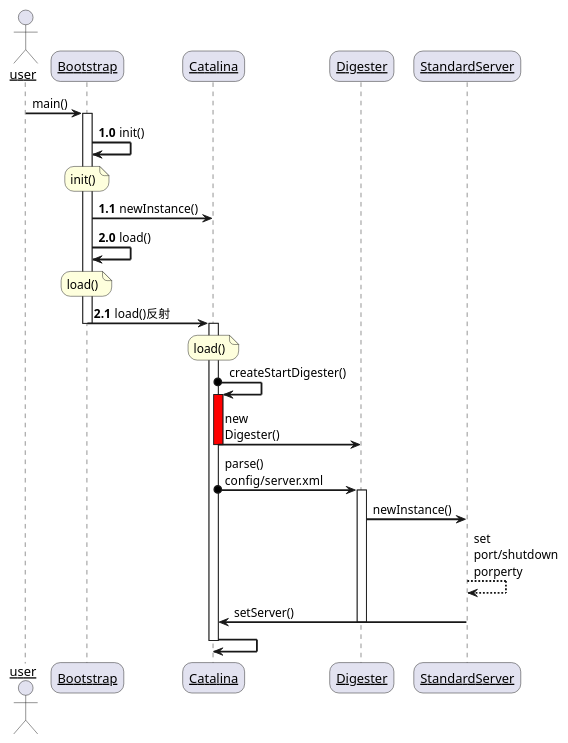
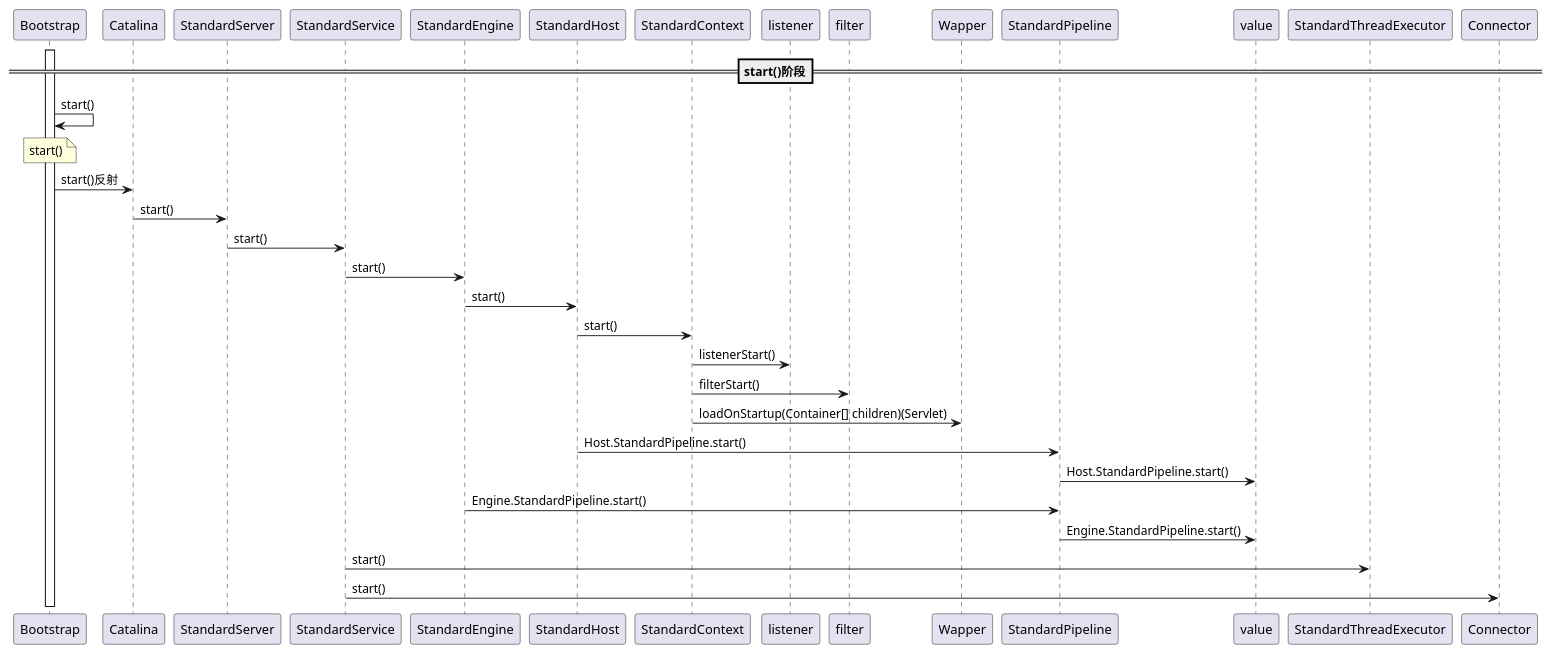
Before and after one commit to wuqinduo/springlearn: the diagram in src/main/resources/Tomcat-start.puml, drawn with PlantUML. The commit also changed 2 other files, not shown here.

Commit message:
时序图

```diff
--- a/src/main/resources/Tomcat-start.puml
+++ b/src/main/resources/Tomcat-start.puml
@@ -1,43 +1,25 @@
 @startuml
-skinparam sequenceArrowThickness 2
-skinparam roundcorner 20
-skinparam maxmessagesize 60
-skinparam sequenceParticipant underline
+==start()阶段==
 
-actor user
-user-> Bootstrap:main()
-autonumber 1.0
- activate Bootstrap
- Bootstrap->Bootstrap:init()
+activate Bootstrap
+Bootstrap->Bootstrap:start()
+note over Bootstrap: start()
+Bootstrap -> Catalina:start()反射
+Catalina-> StandardServer:start()
+StandardServer->StandardService:start()
+       StandardService->StandardEngine:start()
+            StandardEngine->StandardHost:start()
+                StandardHost->StandardContext:start()
+                        StandardContext->listener:listenerStart()
+                        StandardContext->filter:filterStart()
+                        StandardContext->Wapper:loadOnStartup(Container[] children)(Servlet)
 
-            note over Bootstrap: init()
-            Bootstrap -> Catalina:newInstance()
+                StandardHost->StandardPipeline:Host.StandardPipeline.start()
+                        StandardPipeline->value:Host.StandardPipeline.start()
+            StandardEngine->StandardPipeline:Engine.StandardPipeline.start()
+                StandardPipeline->value:Engine.StandardPipeline.start()
+       StandardService->StandardThreadExecutor:start()
+       StandardService->Connector:start()
 
- autonumber 2.0
- Bootstrap->Bootstrap:load()
-
-            note over Bootstrap: load()
-            Bootstrap -> Catalina:load()反射
-            deactivate Bootstrap
-                autonumber stop
-                activate Catalina
-                note over Catalina:load()
-                Catalina o->Catalina:createStartDigester()
-                        activate Catalina#red
-                        Catalina ->Digester:new Digester()
-                        deactivate Catalina#red
-                        Catalina o->Digester:parse() config/server.xml
-
-                        activate Digester
-                            Digester->StandardServer:newInstance()
-                            StandardServer-->StandardServer:set port/shutdown porperty
-                            Catalina<-StandardServer:setServer()
-                        deactivate Digester
-
-                        Catalina->Catalina:
-                deactivate Catalina
-
-
-
-
+autonumber stop
 @enduml
```
